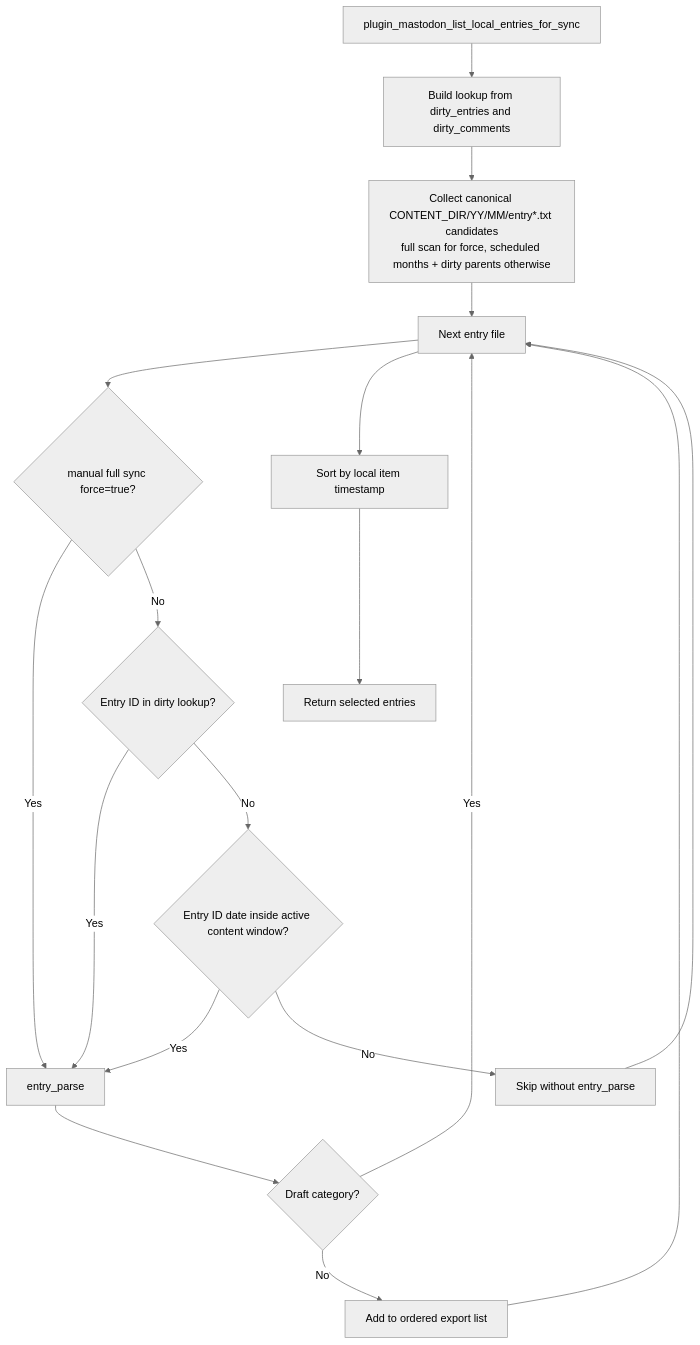
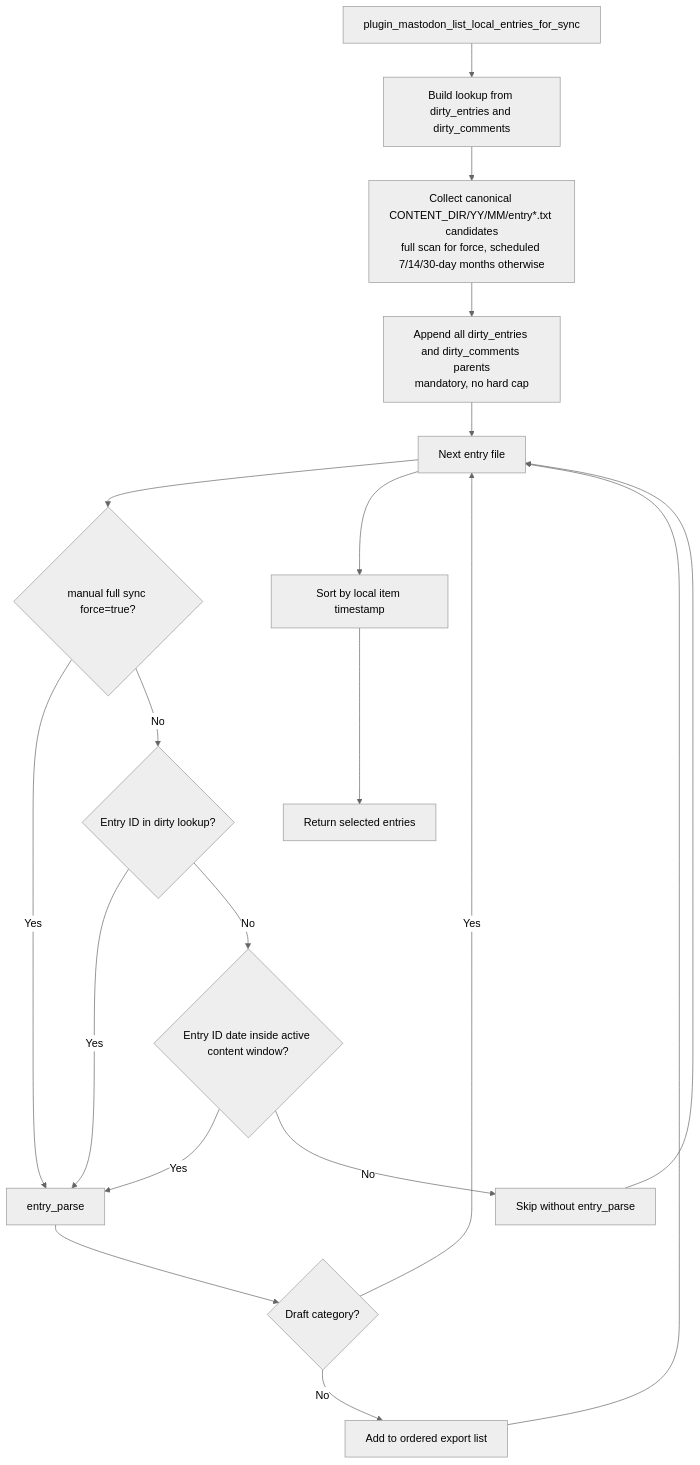
The fourth of 32 diagrams in fp-plugins/mastodon/developer-docs/06-Process-Flow.md (flatpressblog/flatpress), drawn with Mermaid (neutral theme) before and after one commit. The commit also changed other lines of this file and 4 other files, not shown here.

````diff
--- a/fp-plugins/mastodon/developer-docs/06-Process-Flow.md
+++ b/fp-plugins/mastodon/developer-docs/06-Process-Flow.md
@@ -134,29 +134,30 @@
 ```mermaid
 flowchart TD
     Start["plugin_mastodon_list_local_entries_for_sync"]
     DirtyLookup["Build lookup from dirty_entries and dirty_comments"]
-    CollectFiles["Collect canonical CONTENT_DIR/YY/MM/entry*.txt candidates<br/>full scan for force, scheduled months + dirty parents otherwise"]
+    CollectFiles["Collect canonical CONTENT_DIR/YY/MM/entry*.txt candidates<br/>full scan for force, scheduled 7/14/30-day months otherwise"]
+    AddDirty["Append all dirty_entries and dirty_comments parents<br/>mandatory, no hard cap"]
     NextFile["Next entry file"]
     Force{"manual full sync force=true?"}
     Dirty{"Entry ID in dirty lookup?"}
     Window{"Entry ID date inside active content window?"}
     SkipWithoutParse["Skip without entry_parse"]
     Parse["entry_parse"]
     Draft{"Draft category?"}
     Add["Add to ordered export list"]
     Sort["Sort by local item timestamp"]
     Result["Return selected entries"]
 
-    Start --> DirtyLookup --> CollectFiles --> NextFile
+    Start --> DirtyLookup --> CollectFiles --> AddDirty --> NextFile
     NextFile --> Force
     Force -- "Yes" --> Parse
     Force -- "No" --> Dirty
     Dirty -- "Yes" --> Parse
     Dirty -- "No" --> Window
     Window -- "Yes" --> Parse
     Window -- "No" --> SkipWithoutParse --> NextFile
     Parse --> Draft
     Draft -- "Yes" --> NextFile
     Draft -- "No" --> Add --> NextFile
     NextFile --> Sort --> Result
 ```
````
